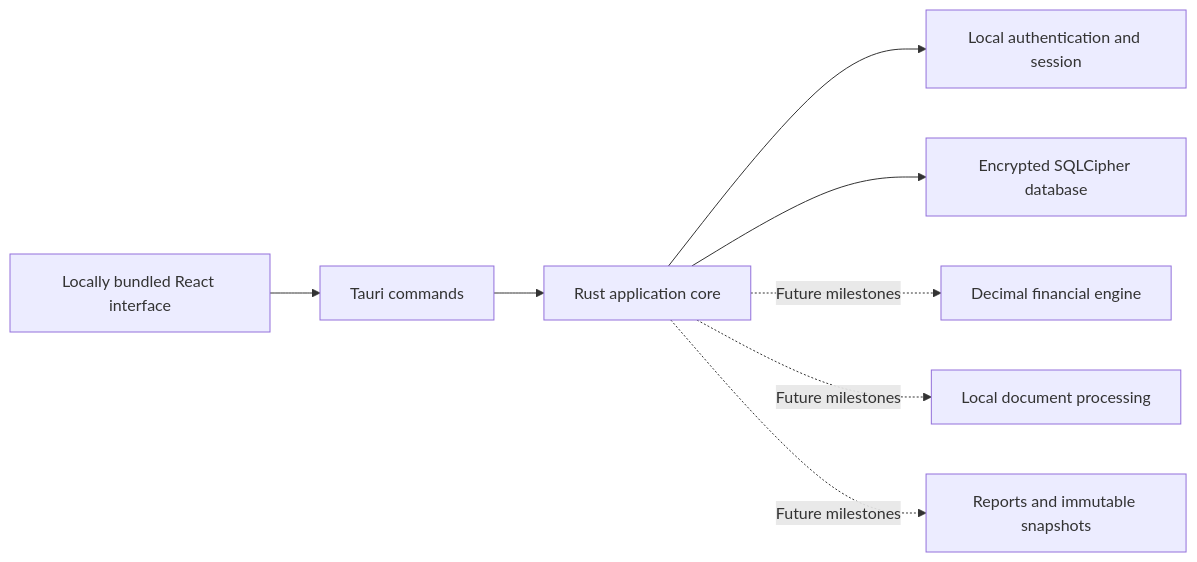
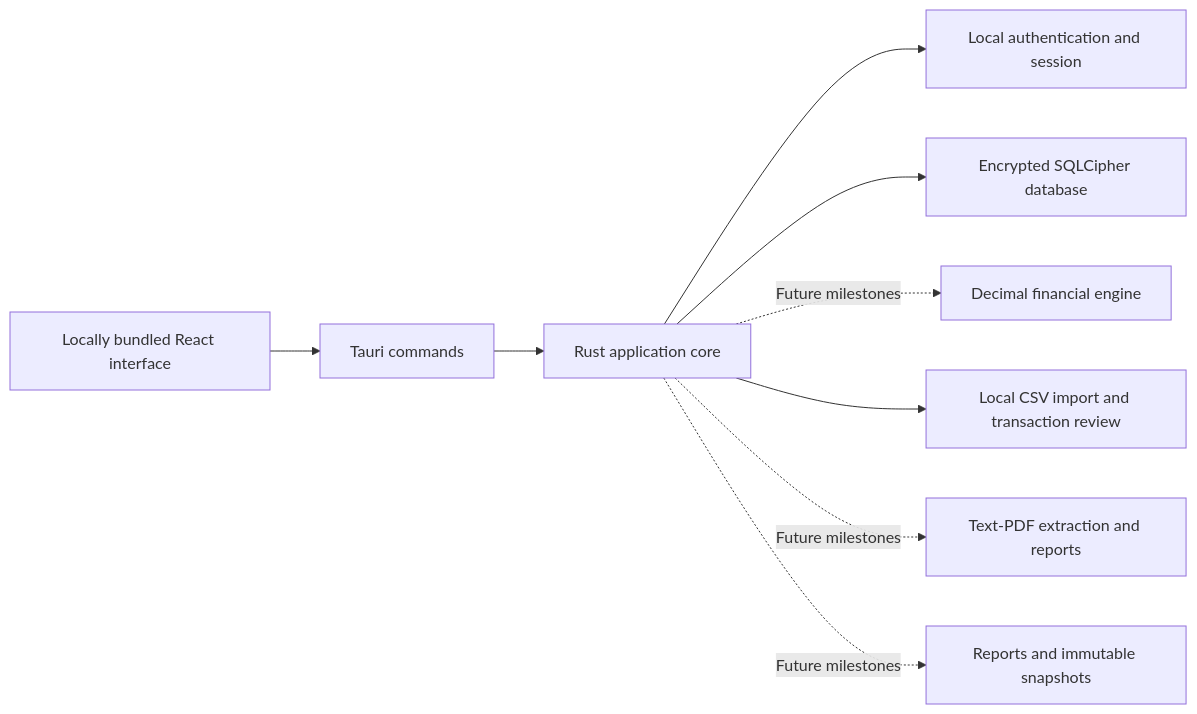
Before and after one commit to Eisenbartl/eisenbart-co-desktop: the diagram in docs/architecture.md, drawn with Mermaid. The commit also changed other lines of this file and 29 other files, not shown here.

Commit message:
Add encrypted CSV imports and explicit transaction review

````diff
--- a/docs/architecture.md
+++ b/docs/architecture.md
@@ -21,10 +21,11 @@
 ```mermaid
 flowchart LR
     UI[Locally bundled React interface] --> IPC[Tauri commands]
     IPC --> Core[Rust application core]
     Core --> Auth[Local authentication and session]
     Core --> DB[Encrypted SQLCipher database]
     Core -. Future milestones .-> Calc[Decimal financial engine]
-    Core -. Future milestones .-> Docs[Local document processing]
+    Core --> Docs[Local CSV import and transaction review]
+    Core -. Future milestones .-> PDF[Text-PDF extraction and reports]
     Core -. Future milestones .-> Reports[Reports and immutable snapshots]
 ```
````
